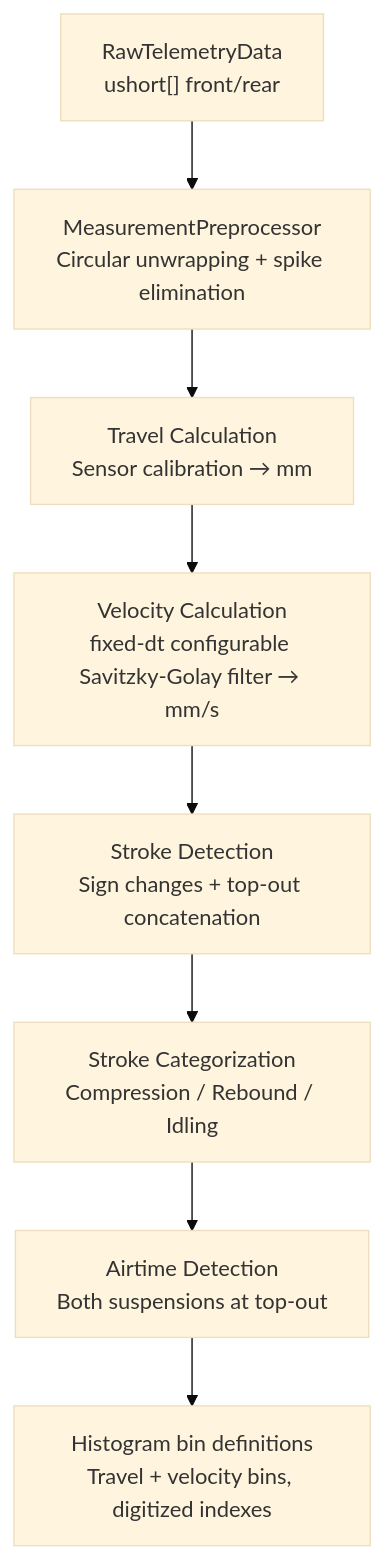
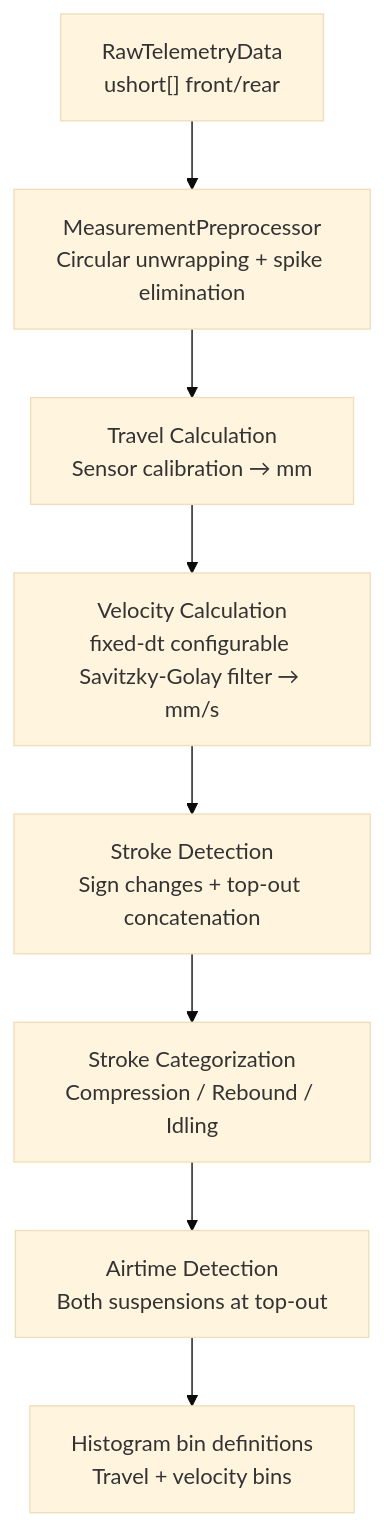
One commit to MoridinBG/Sufni.app changed the diagram in docs/architecture/processing.md. Above: the diagram before and after it, drawn with Mermaid (base theme). The commit also changed other lines of this file and 13 other files, not shown here.

````diff
--- a/docs/architecture/processing.md
+++ b/docs/architecture/processing.md
@@ -7,10 +7,10 @@
 ```mermaid
 graph TD
     Raw["RawTelemetryData<br/>ushort[] front/rear"] --> Pre["MeasurementPreprocessor<br/>Circular unwrapping + spike elimination"]
     Pre --> Travel["Travel Calculation<br/>Sensor calibration → mm"]
     Travel --> Velocity["Velocity Calculation<br/>fixed-dt configurable Savitzky-Golay filter → mm/s"]
     Velocity --> Strokes["Stroke Detection<br/>Sign changes + top-out concatenation"]
     Strokes --> Cat["Stroke Categorization<br/>Compression / Rebound / Idling"]
     Cat --> Air["Airtime Detection<br/>Both suspensions at top-out"]
-    Air --> Hist["Histogram bin definitions<br/>Travel + velocity bins, digitized indexes"]
+    Air --> Hist["Histogram bin definitions<br/>Travel + velocity bins"]
 ```
````
